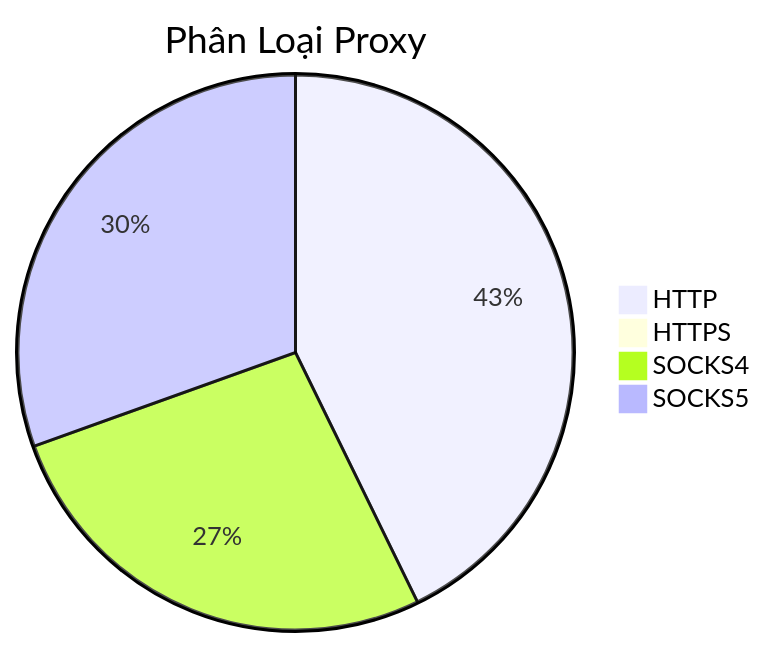
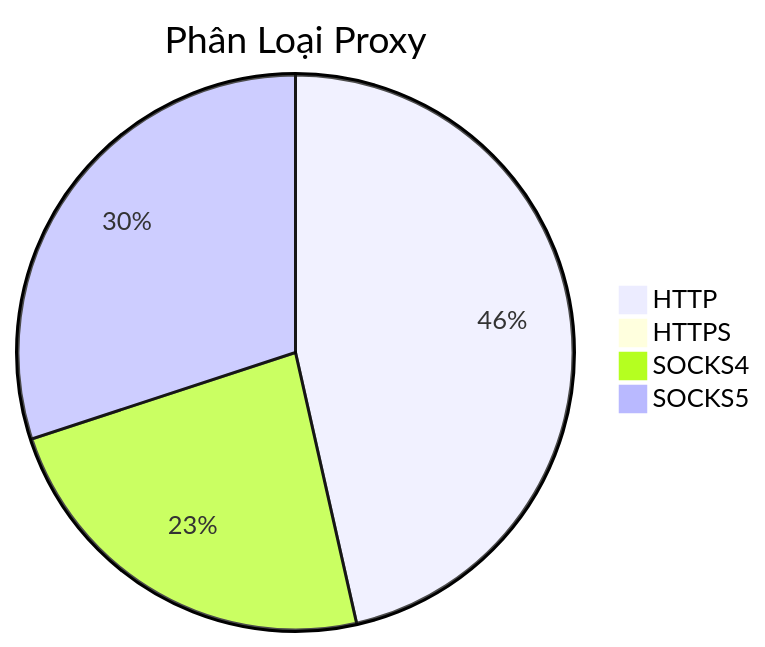
One commit to Ciara-12/PROXY-free changed the diagram in README.md. Above: the diagram before and after it, drawn with Mermaid. The commit also changed other lines of this file and 3 other files, not shown here.

````diff
--- a/README.md
+++ b/README.md
@@ -26,7 +26,7 @@
 ```mermaid
 pie title Phân Loại Proxy
-    "HTTP" : 449
+    "HTTP" : 546
     "HTTPS" : 0
-    "SOCKS4" : 281
-    "SOCKS5" : 320
+    "SOCKS4" : 276
+    "SOCKS5" : 353
 ```
````
